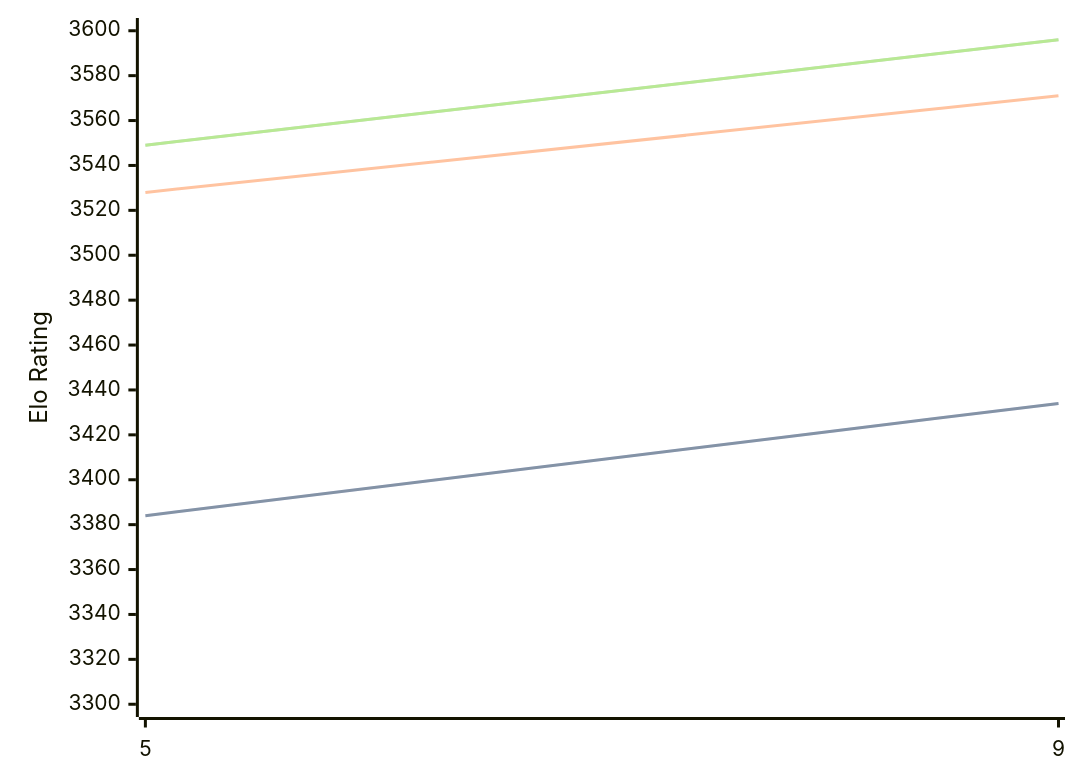
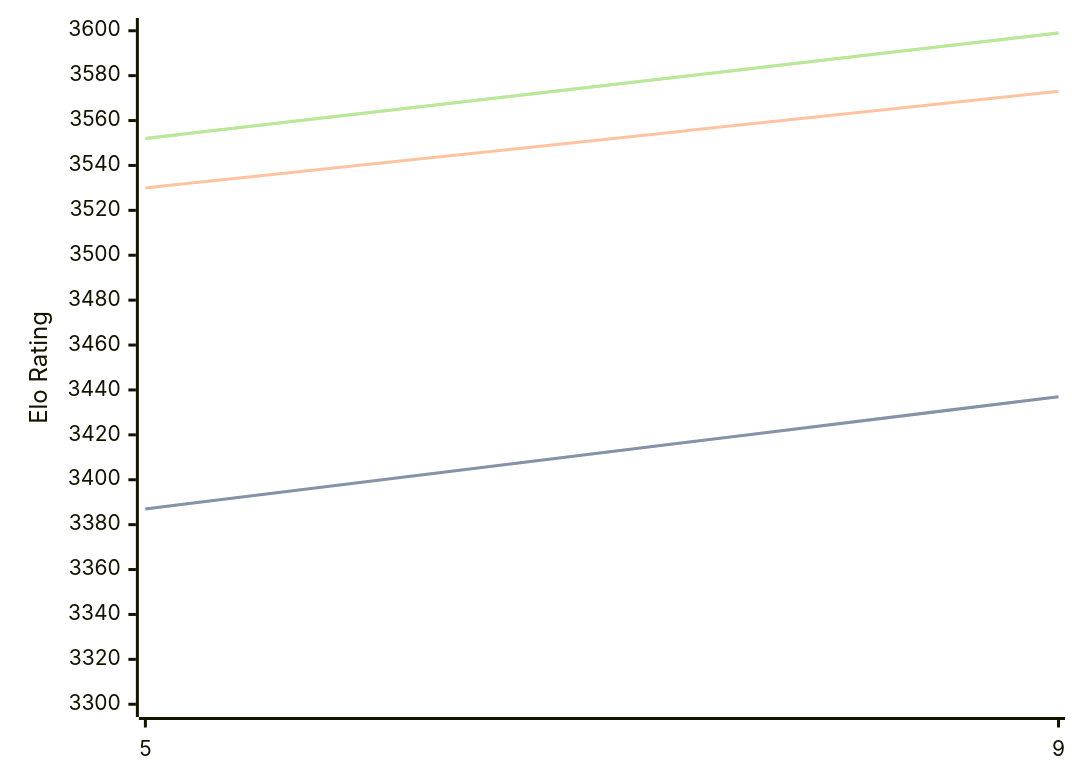
One commit to computer-chess-index/cci changed the diagram in engines/Crystal.md. Above: the diagram before and after it, drawn with Mermaid. The commit also changed other lines of this file, not shown here.

Commit message:
Update CCI Ratings (ELO VLTC) - 2026-09-24

````diff
--- a/engines/Crystal.md
+++ b/engines/Crystal.md
@@ -32,11 +32,11 @@
 ```mermaid
 %%{init: {"theme":"base","themeVariables":{"seriesColors:['#a3a3a3','#222221','#faa371']}}}%%
 xychart-beta
   x-axis ["5", "9"]
   y-axis "Elo Rating" 3300 --> 3600
-  line "" [3384, 3434]
-  line "STC (8.0+0.08s)" [3384, 3434]
-  line "LTC (60.0+0.60s)" [3528, 3571]
-  line "" [3549, 3596]
-  line "VLTC (2m24s+1.12s)" [3549, 3596]
+  line "" [3387, 3437]
+  line "STC (8.0+0.08s)" [3387, 3437]
+  line "LTC (60.0+0.60s)" [3530, 3573]
+  line "" [3552, 3599]
+  line "VLTC (2m24s+1.12s)" [3552, 3599]
 ```
````
